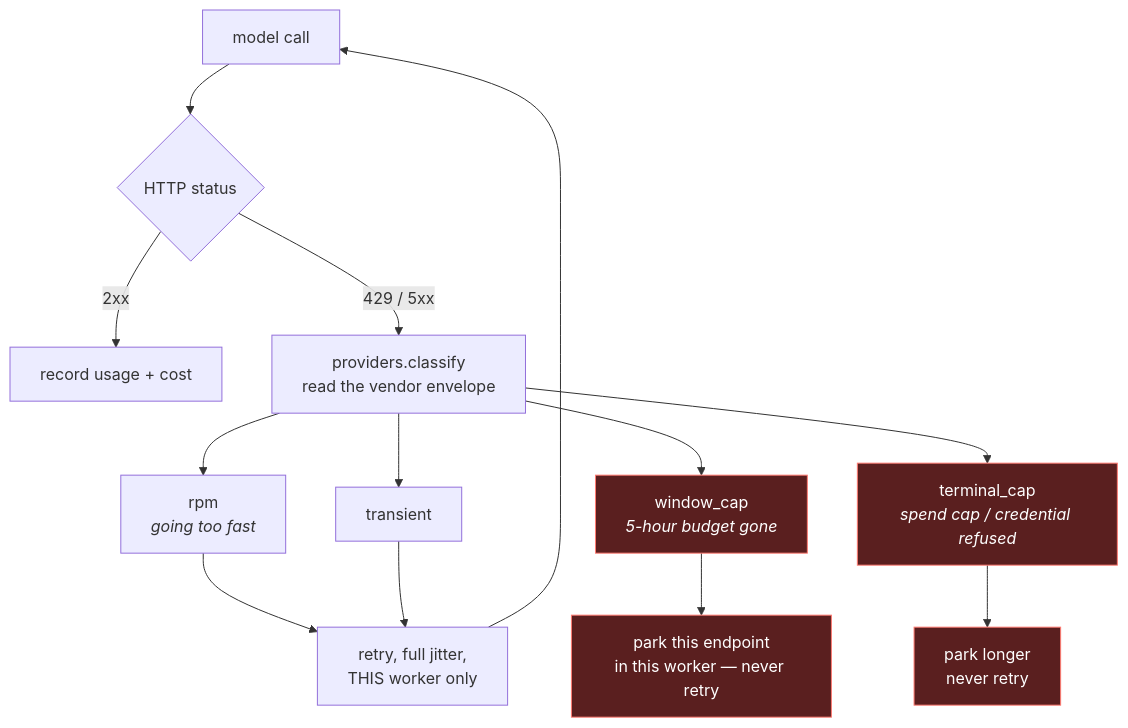
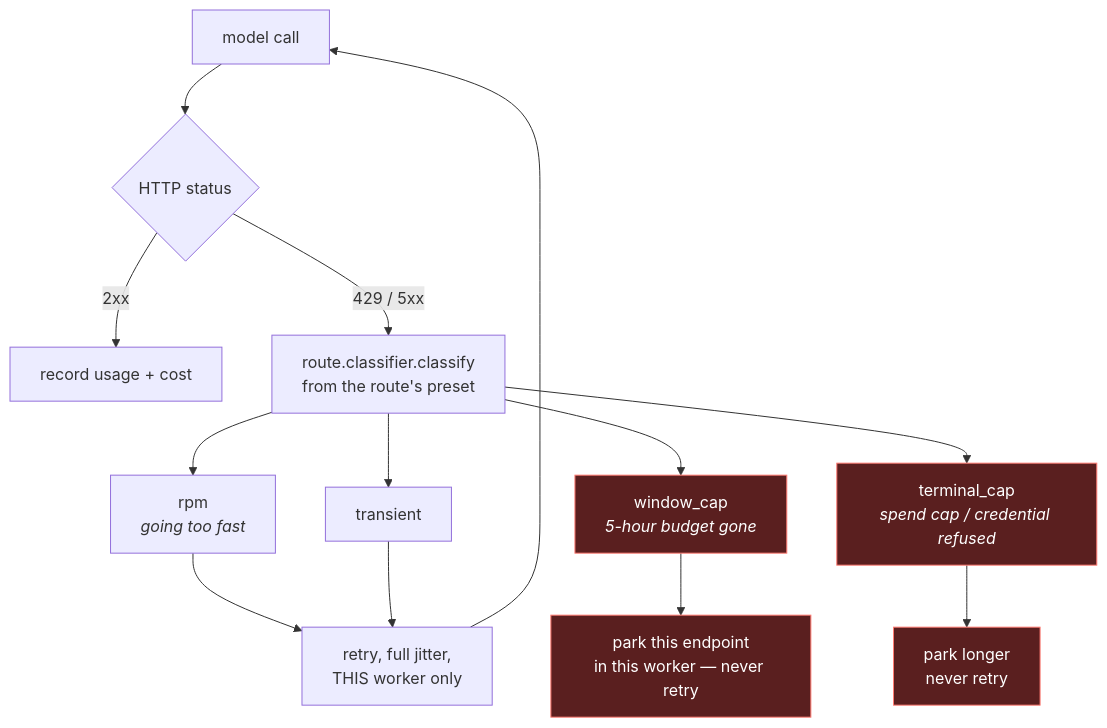
The fifth of 7 diagrams in docs/ARCHITECTURE.md (TheDancingDeveloper-org/agent-harness), drawn with Mermaid before and after one commit. The commit also changed other lines of this file and 3 other files, not shown here.

````diff
--- a/docs/ARCHITECTURE.md
+++ b/docs/ARCHITECTURE.md
@@ -215,21 +217,21 @@
 ```mermaid
 flowchart TD
     req["model call"] --> code{"HTTP status"}
     code -->|2xx| ok["record usage + cost"]
-    code -->|429 / 5xx| classify["providers.classify<br/>read the vendor envelope"]
+    code -->|429 / 5xx| classify["route.classifier.classify<br/>from the route's preset"]
 
     classify --> rpm["rpm<br/><i>going too fast</i>"]
     classify --> window["window_cap<br/><i>5-hour budget gone</i>"]
     classify --> terminal["terminal_cap<br/><i>spend cap / credential refused</i>"]
     classify --> transient["transient"]
 
     rpm --> retry["retry, full jitter,<br/>THIS worker only"]
     transient --> retry
     window --> park["park this endpoint<br/>in this worker — never retry"]
     terminal --> parklong["park longer<br/>never retry"]
 
     retry --> req
 
     classDef bad fill:#5a1f1f,stroke:#ff7b72,color:#fff
     class window,terminal,park,parklong bad
 ```
````
